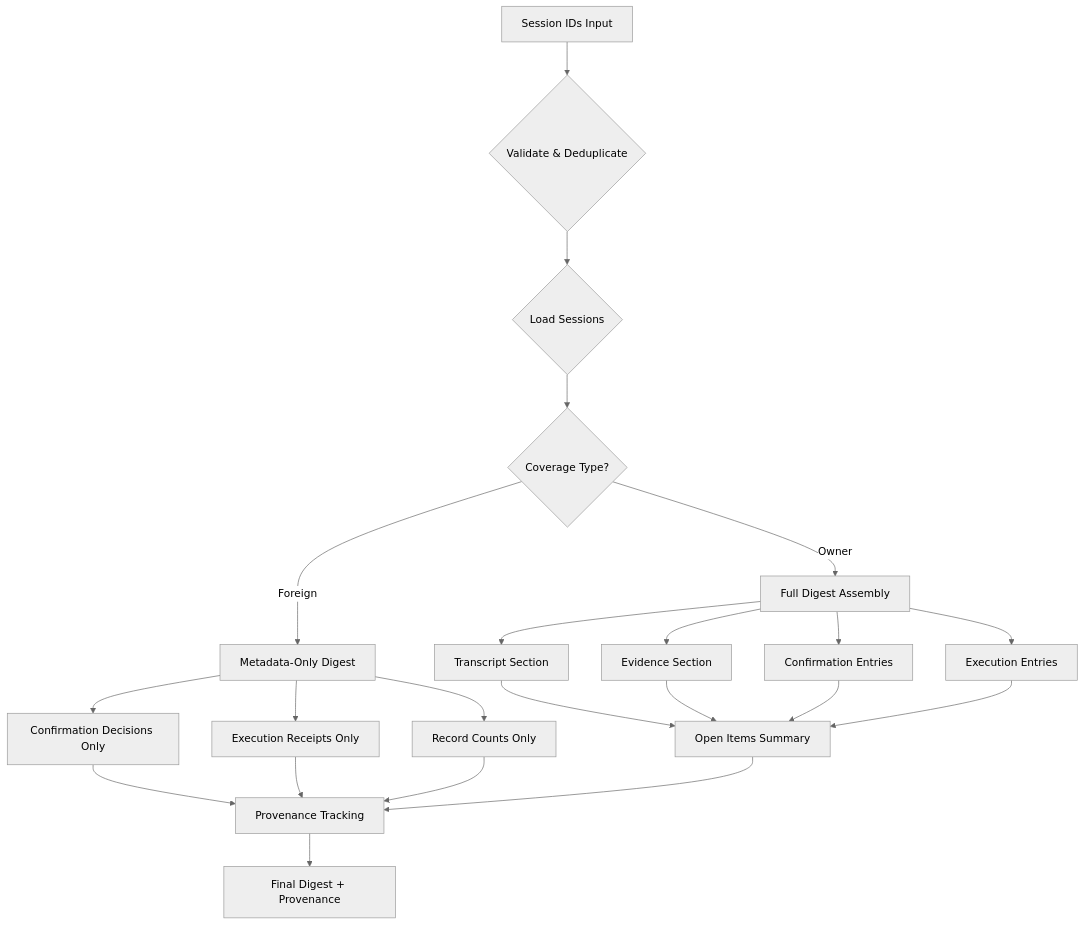
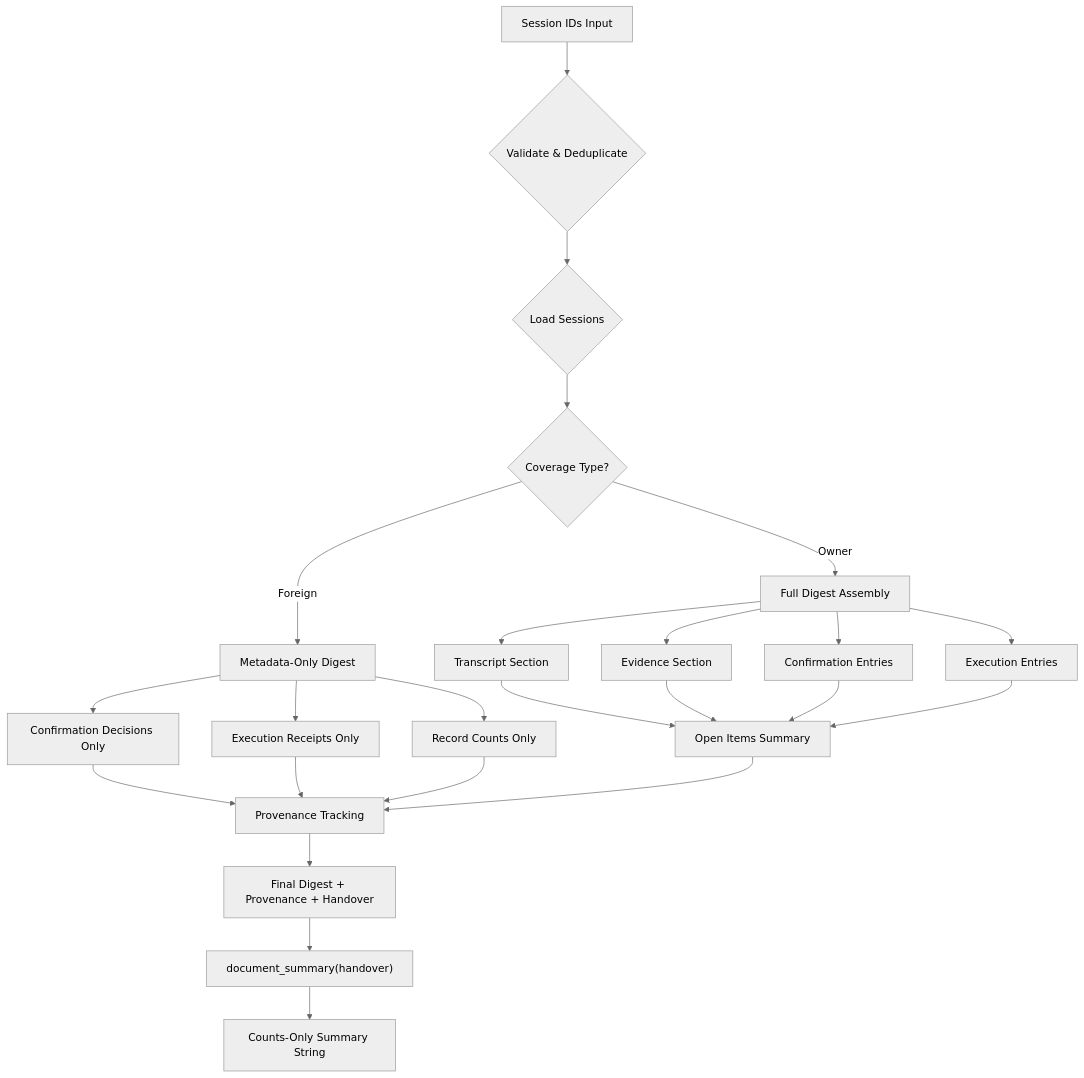
Diagram 21 of 40 in .qoder/repowiki/en/content/Agent Platform Service/Agent Platform Service.md (metasync/luban-aiops), drawn with Mermaid (neutral theme) before and after one commit. The commit also changed other lines of this file and 4 other files, not shown here.

````diff
--- a/.qoder/repowiki/en/content/Agent Platform Service/Agent Platform Service.md
+++ b/.qoder/repowiki/en/content/Agent Platform Service/Agent Platform Service.md
@@ -1441,24 +1457,26 @@
 ```mermaid
 flowchart TD
 A["Session IDs Input"] --> B{"Validate & Deduplicate"}
 B --> C{"Load Sessions"}
 C --> D{"Coverage Type?"}
 D --> |Owner| E["Full Digest Assembly"]
 D --> |Foreign| F["Metadata-Only Digest"]
 E --> G["Transcript Section"]
 E --> H["Evidence Section"]
 E --> I["Confirmation Entries"]
 E --> J["Execution Entries"]
 F --> K["Confirmation Decisions Only"]
 F --> L["Execution Receipts Only"]
 F --> M["Record Counts Only"]
 G --> N["Open Items Summary"]
 H --> N
 I --> N
 J --> N
 K --> O["Provenance Tracking"]
 L --> O
 M --> O
 N --> O
-O --> P["Final Digest + Provenance"]
+O --> P["Final Digest + Provenance + Handover"]
+P --> Q["document_summary(handover)"]
+Q --> R["Counts-Only Summary String"]
 ```
````
